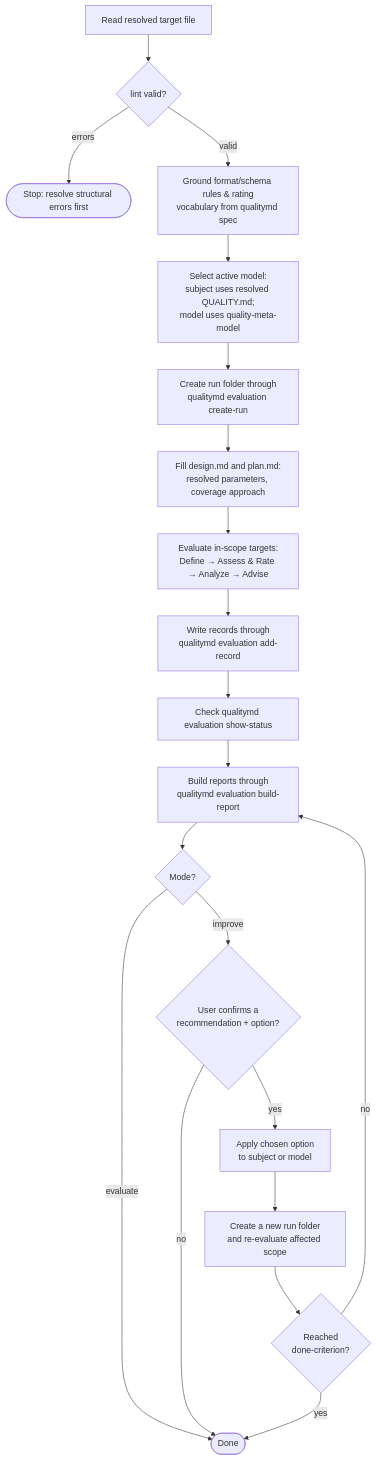
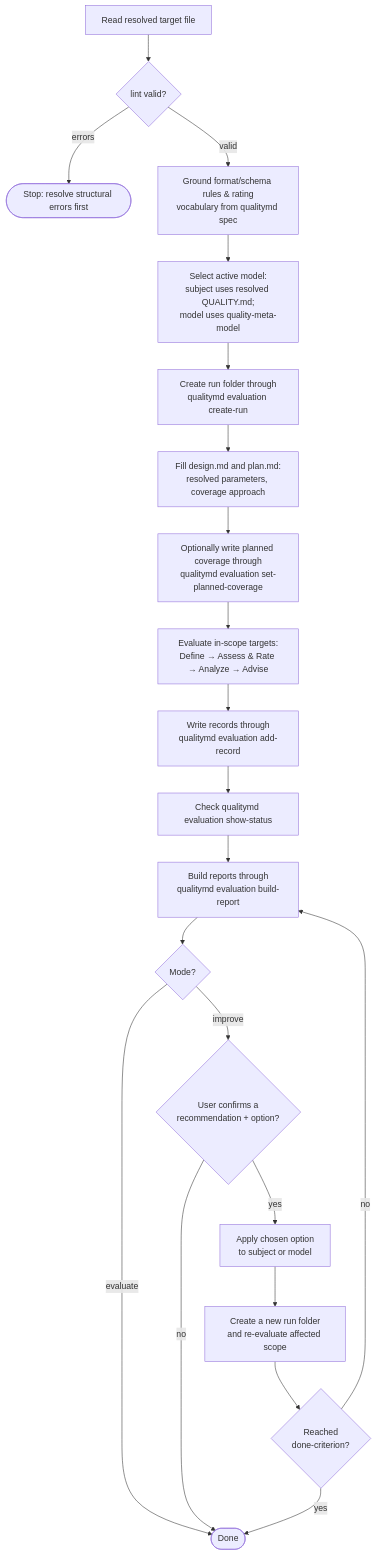
One commit to qualitymd/quality.md changed the diagram in specs/skills/quality-skill/quality-skill.md. Above: the diagram before and after it, drawn with Mermaid. The commit also changed other lines of this file and 101 other files, not shown here.

````diff
--- a/specs/skills/quality-skill/quality-skill.md
+++ b/specs/skills/quality-skill/quality-skill.md
@@ -266,22 +267,23 @@
 ```mermaid
 flowchart TD
     Read[Read resolved target file] --> Lint{lint valid?}
     Lint -->|errors| Stop([Stop: resolve structural errors first])
     Lint -->|valid| Ground[Ground format/schema rules &amp; rating<br/>vocabulary from qualitymd spec]
     Ground --> ActiveModel[Select active model:<br/>subject uses resolved QUALITY.md;<br/>model uses quality-meta-model]
     ActiveModel --> Run[Create run folder through<br/>qualitymd evaluation create-run]
     Run --> Plan[Fill design.md and plan.md:<br/>resolved parameters, coverage approach]
-    Plan --> Eval[Evaluate in-scope targets:<br/>Define → Assess &amp; Rate → Analyze → Advise]
+    Plan --> Coverage[Optionally write planned coverage through<br/>qualitymd evaluation set-planned-coverage]
+    Coverage --> Eval[Evaluate in-scope targets:<br/>Define → Assess &amp; Rate → Analyze → Advise]
     Eval --> Records[Write records through<br/>qualitymd evaluation add-record]
     Records --> Status[Check qualitymd evaluation show-status]
     Status --> Report[Build reports through<br/>qualitymd evaluation build-report]
     Report --> Mode{Mode?}
     Mode -->|evaluate| Done([Done])
     Mode -->|improve| Confirm{User confirms a<br/>recommendation + option?}
     Confirm -->|no| Done
     Confirm -->|yes| Apply[Apply chosen option<br/>to subject or model]
     Apply --> ReEval[Create a new run folder<br/>and re-evaluate affected scope]
     ReEval --> Criterion{Reached<br/>done-criterion?}
     Criterion -->|yes| Done
     Criterion -->|no| Report
 ```
````
